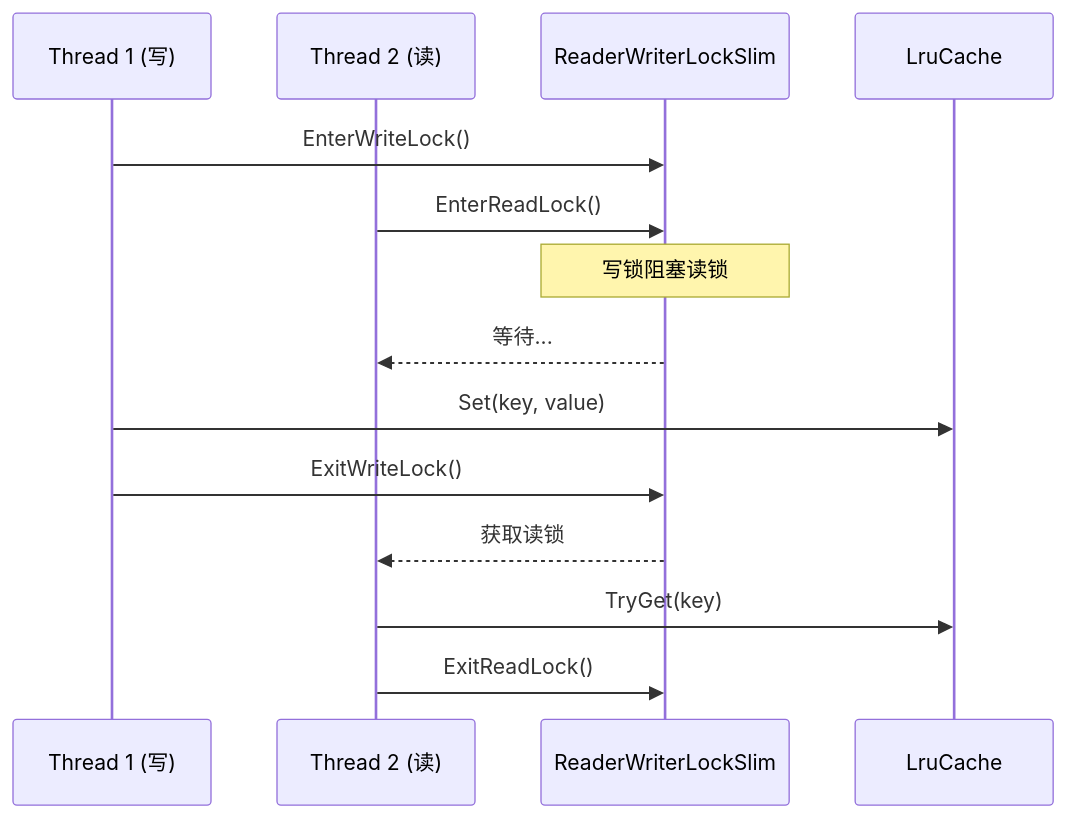
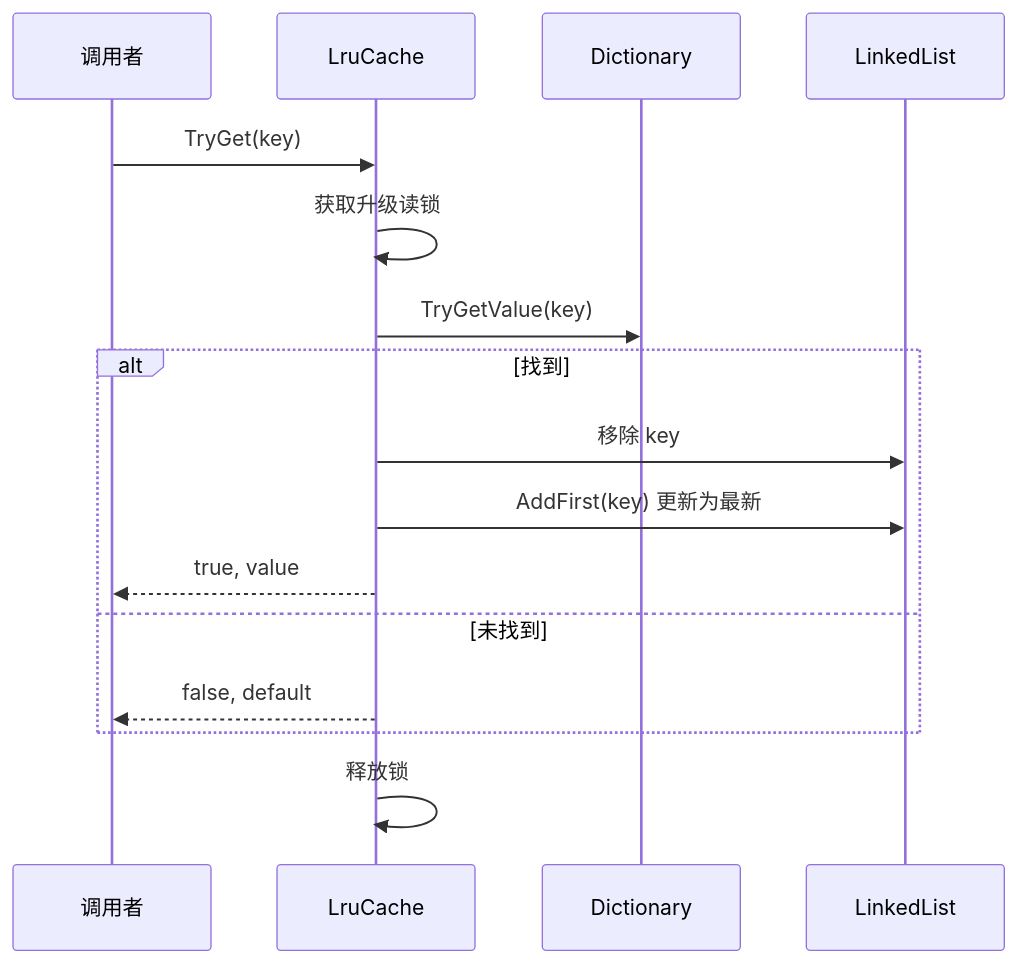
One commit to acsta/Container changed the second of 2 diagrams in Assets/Scripts/Mono/Core/Object/LruCache.cs.md. Above: the diagram before and after it, drawn with Mermaid. The commit also changed other lines of this file and 9 other files, not shown here.

````diff
--- a/Assets/Scripts/Mono/Core/Object/LruCache.cs.md
+++ b/Assets/Scripts/Mono/Core/Object/LruCache.cs.md
@@ -345,19 +343,19 @@
 ```mermaid
 sequenceDiagram
-    participant T1 as Thread 1 (写)
-    participant T2 as Thread 2 (读)
-    participant Lock as ReaderWriterLockSlim
+    participant Caller as 调用者
     participant Cache as LruCache
+    participant Dict as Dictionary
+    participant List as LinkedList
 
-    T1->>Lock: EnterWriteLock()
-    T2->>Lock: EnterReadLock()
-    Note over Lock: 写锁阻塞读锁
-    Lock-->>T2: 等待...
-    
-    T1->>Cache: Set(key, value)
-    T1->>Lock: ExitWriteLock()
-    
-    Lock-->>T2: 获取读锁
-    T2->>Cache: TryGet(key)
-    T2->>Lock: ExitReadLock()
+    Caller->>Cache: TryGet(key)
+    Cache->>Cache: 获取升级读锁
+    Cache->>Dict: TryGetValue(key)
+    alt 找到
+        Cache->>List: 移除 key
+        Cache->>List: AddFirst(key) 更新为最新
+        Cache-->>Caller: true, value
+    else 未找到
+        Cache-->>Caller: false, default
+    end
+    Cache->>Cache: 释放锁
 ```
````
